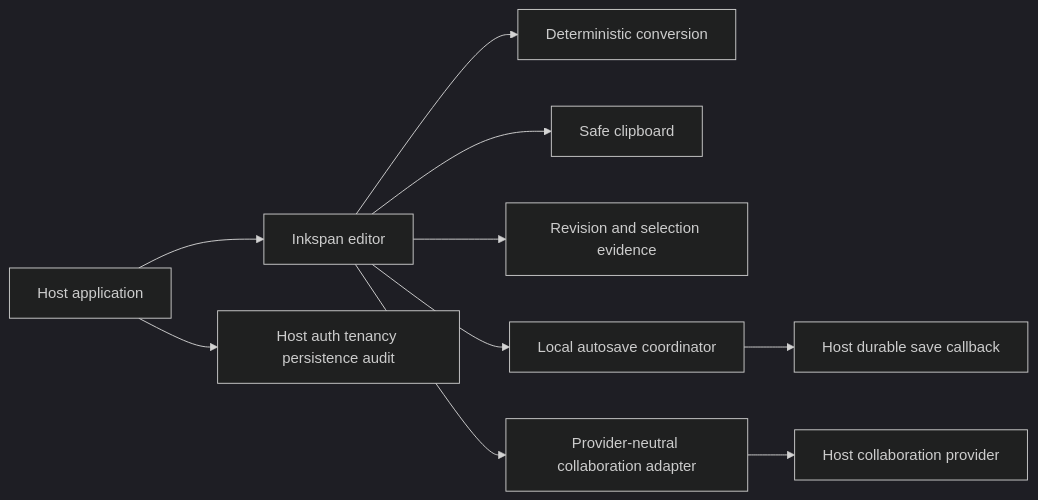
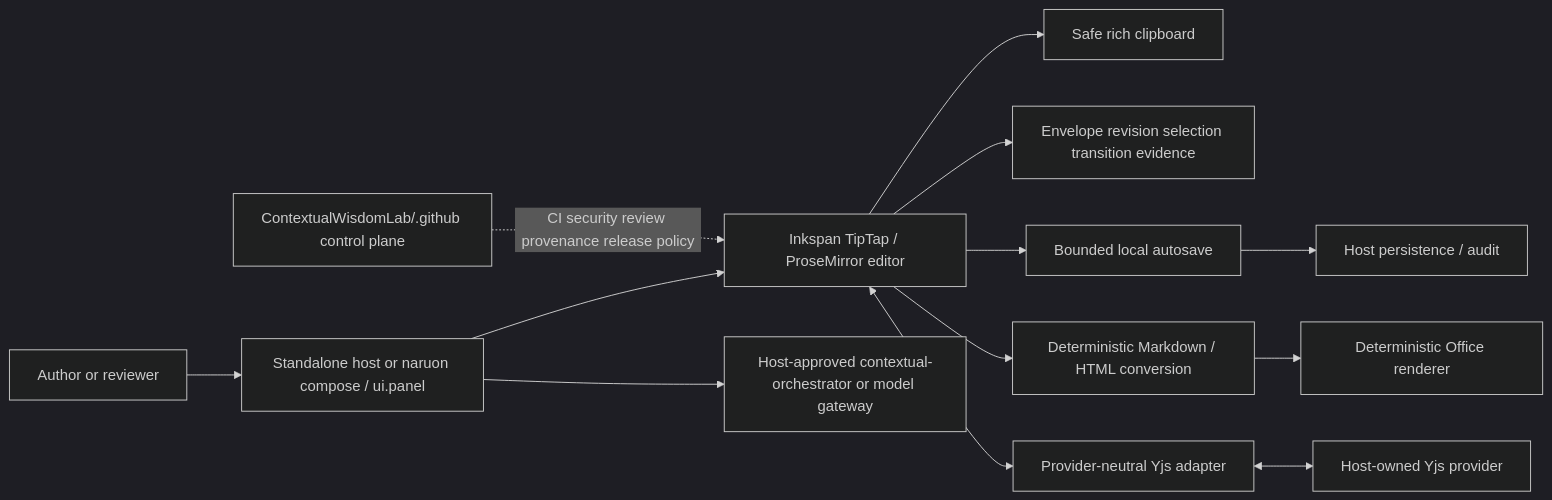
Before and after one commit to ContextualWisdomLab/inkspan: the first of 15 diagrams in docs/UML.md, drawn with Mermaid (dark theme). The commit also changed other lines of this file, not shown here.

Commit message:
docs(uml): complete Inkspan runtime and deployment diagrams

````diff
--- a/docs/UML.md
+++ b/docs/UML.md
@@ -7,12 +9,29 @@
 ```mermaid
 flowchart LR
-  HostApp[Host application] --> EditorCore[Inkspan editor]
-  EditorCore --> ConversionCore[Deterministic conversion]
-  EditorCore --> ClipboardBoundary[Safe clipboard]
-  EditorCore --> EvidenceCore[Revision and selection evidence]
-  EditorCore --> AutosaveCore[Local autosave coordinator]
-  EditorCore --> CollaborationAdapter[Provider-neutral collaboration adapter]
-  AutosaveCore --> HostSave[Host durable save callback]
-  CollaborationAdapter --> HostProvider[Host collaboration provider]
-  HostApp --> HostAuthority[Host auth tenancy persistence audit]
+  User[Author or reviewer]
+  HostApp[Standalone host or naruon compose / ui.panel]
+  EditorCore[Inkspan TipTap / ProseMirror editor]
+  ClipboardBoundary[Safe rich clipboard]
+  EvidenceCore[Envelope revision selection transition evidence]
+  AutosaveCore[Bounded local autosave]
+  ConversionCore[Deterministic Markdown / HTML conversion]
+  OfficeRenderer[Deterministic Office renderer]
+  CollaborationAdapter[Provider-neutral Yjs adapter]
+  HostProvider[Host-owned Yjs provider]
+  HostStore[Host persistence / audit]
+  ModelGateway[Host-approved contextual-orchestrator or model gateway]
+  ControlPlane[ContextualWisdomLab/.github control plane]
+
+  User --> HostApp
+  HostApp --> EditorCore
+  EditorCore --> ClipboardBoundary
+  EditorCore --> EvidenceCore
+  EditorCore --> AutosaveCore
+  EditorCore --> ConversionCore
+  ConversionCore --> OfficeRenderer
+  EditorCore <--> CollaborationAdapter
+  CollaborationAdapter <--> HostProvider
+  AutosaveCore --> HostStore
+  HostApp --> ModelGateway
+  ControlPlane -. CI security review provenance release policy .-> EditorCore
 ```
````
